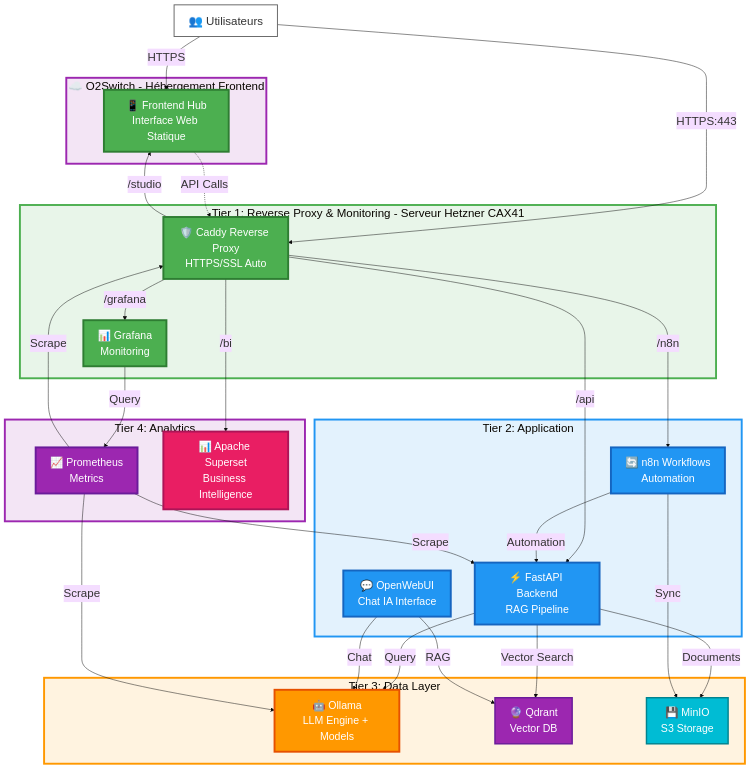
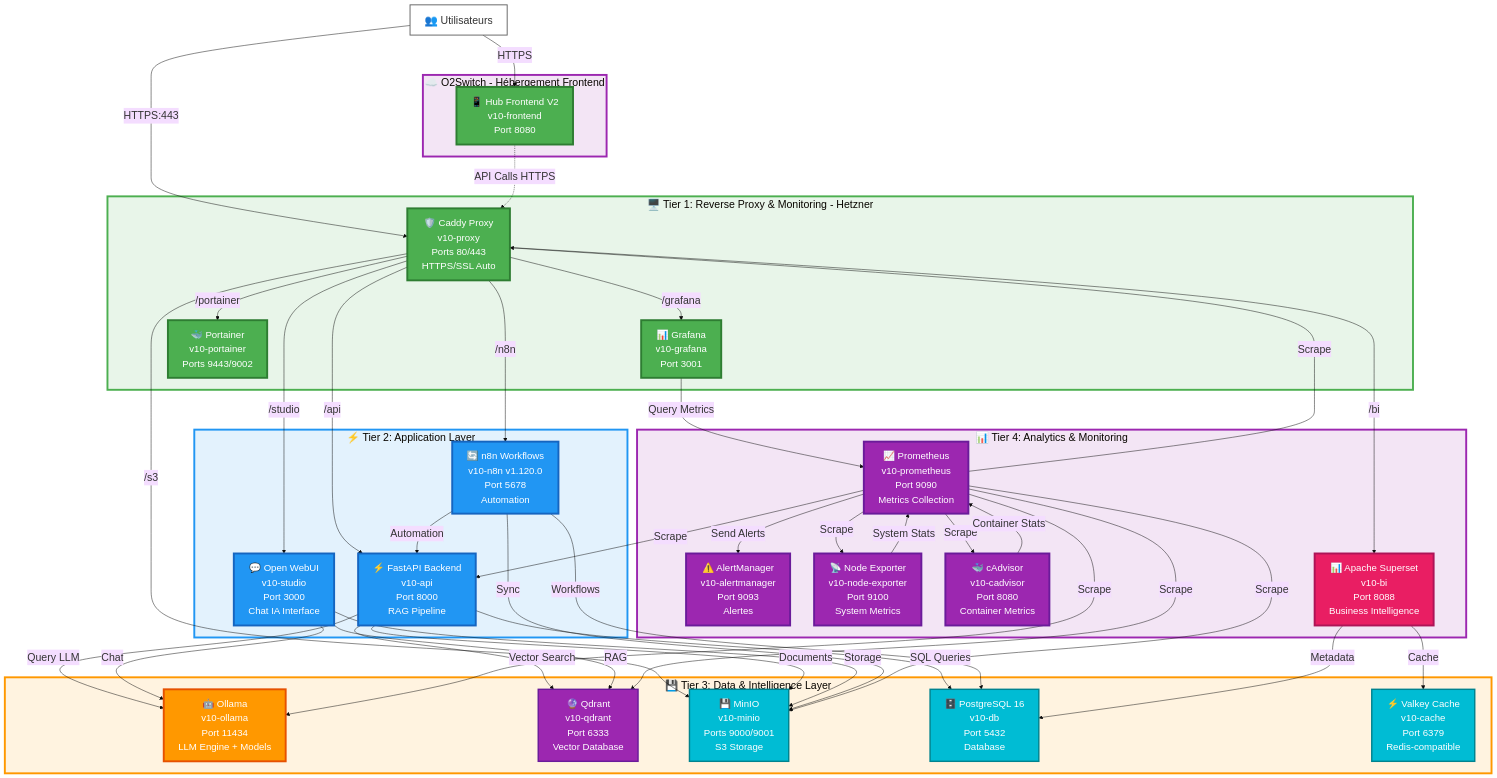
The second of 8 diagrams in docs/DIAGRAMS_MERMAID.md (stepstev/oceanphenix-IA-souveraine-v10_2026_DOCS), drawn with Mermaid before and after one commit. The commit also changed other lines of this file, not shown here.

First line of the commit message:
fix: Update Mermaid diagrams to reflect actual V10 architecture

````diff
--- a/docs/DIAGRAMS_MERMAID.md
+++ b/docs/DIAGRAMS_MERMAID.md
@@ -76,75 +76,95 @@
 ```mermaid
-%%{init: {'theme':'base', 'themeVariables': {'fontSize':'24px', 'fontFamily':'Arial, sans-serif'}}}%%
+%%{init: {'theme':'base', 'themeVariables': {'fontSize':'22px', 'fontFamily':'Arial, sans-serif'}}}%%
 graph TB
     %% Définition des styles
-    classDef tierPresentation fill:#4CAF50,stroke:#2E7D32,stroke-width:4px,color:#fff,font-size:22px
-    classDef tierApp fill:#2196F3,stroke:#1565C0,stroke-width:4px,color:#fff,font-size:22px
-    classDef tierData fill:#FF9800,stroke:#E65100,stroke-width:4px,color:#fff,font-size:22px
-    classDef tierAnalytics fill:#9C27B0,stroke:#6A1B9A,stroke-width:4px,color:#fff,font-size:22px
-    classDef tierBi fill:#E91E63,stroke:#AD1457,stroke-width:4px,color:#fff,font-size:22px
-    classDef storage fill:#00BCD4,stroke:#00838F,stroke-width:3px,color:#fff,font-size:22px
-    classDef vectordb fill:#9C27B0,stroke:#6A1B9A,stroke-width:3px,color:#fff,font-size:22px
+    classDef tierPresentation fill:#4CAF50,stroke:#2E7D32,stroke-width:4px,color:#fff,font-size:20px
+    classDef tierApp fill:#2196F3,stroke:#1565C0,stroke-width:4px,color:#fff,font-size:20px
+    classDef tierData fill:#FF9800,stroke:#E65100,stroke-width:4px,color:#fff,font-size:20px
+    classDef tierAnalytics fill:#9C27B0,stroke:#6A1B9A,stroke-width:4px,color:#fff,font-size:20px
+    classDef tierBi fill:#E91E63,stroke:#AD1457,stroke-width:4px,color:#fff,font-size:20px
+    classDef storage fill:#00BCD4,stroke:#00838F,stroke-width:3px,color:#fff,font-size:20px
+    classDef vectordb fill:#9C27B0,stroke:#6A1B9A,stroke-width:3px,color:#fff,font-size:20px
     
     %% Internet
     Users[👥 Utilisateurs]
     
     %% O2Switch - Frontend statique
     subgraph O2["☁️ O2Switch - Hébergement Frontend"]
-        HubFront[📱 Frontend Hub<br/>Interface Web Statique]:::tierPresentation
+        HubFront[📱 Hub Frontend V2<br/>v10-frontend<br/>Port 8080]:::tierPresentation
     end
     
-    %% Tier 1: Présentation - Serveur Hetzner CAX41
-    subgraph T1[" Tier 1: Reverse Proxy & Monitoring - Serveur Hetzner CAX41"]
-        Caddy[🛡️ Caddy Reverse Proxy<br/>HTTPS/SSL Auto]:::tierPresentation
-        Grafana[📊 Grafana<br/>Monitoring]:::tierPresentation
+    %% Tier 1: Présentation - Serveur Hetzner
+    subgraph T1["🖥️ Tier 1: Reverse Proxy & Monitoring - Hetzner"]
+        Caddy[🛡️ Caddy Proxy<br/>v10-proxy<br/>Ports 80/443<br/>HTTPS/SSL Auto]:::tierPresentation
+        Grafana[📊 Grafana<br/>v10-grafana<br/>Port 3001]:::tierPresentation
+        Portainer[🐳 Portainer<br/>v10-portainer<br/>Ports 9443/9002]:::tierPresentation
     end
     
     %% Tier 2: Application
-    subgraph T2[" Tier 2: Application"]
-        FastAPI[⚡ FastAPI Backend<br/>RAG Pipeline]:::tierApp
-        OpenWebUI[💬 OpenWebUI<br/>Chat IA Interface]:::tierApp
-        N8N[🔄 n8n Workflows<br/>Automation]:::tierApp
+    subgraph T2["⚡ Tier 2: Application Layer"]
+        FastAPI[⚡ FastAPI Backend<br/>v10-api<br/>Port 8000<br/>RAG Pipeline]:::tierApp
+        OpenWebUI[💬 Open WebUI<br/>v10-studio<br/>Port 3000<br/>Chat IA Interface]:::tierApp
+        N8N[🔄 n8n Workflows<br/>v10-n8n v1.120.0<br/>Port 5678<br/>Automation]:::tierApp
     end
     
     %% Tier 3: Data Layer
-    subgraph T3[" Tier 3: Data Layer"]
-        Ollama[🤖 Ollama<br/>LLM Engine + Models]:::tierData
-        Qdrant[🔮 Qdrant<br/>Vector DB]:::vectordb
-        MinIO[💾 MinIO<br/>S3 Storage]:::storage
+    subgraph T3["💾 Tier 3: Data & Intelligence Layer"]
+        Ollama[🤖 Ollama<br/>v10-ollama<br/>Port 11434<br/>LLM Engine + Models]:::tierData
+        Qdrant[🔮 Qdrant<br/>v10-qdrant<br/>Port 6333<br/>Vector Database]:::vectordb
+        MinIO[💾 MinIO<br/>v10-minio<br/>Ports 9000/9001<br/>S3 Storage]:::storage
+        Postgres[🗄️ PostgreSQL 16<br/>v10-db<br/>Port 5432<br/>Database]:::storage
+        Valkey[⚡ Valkey Cache<br/>v10-cache<br/>Port 6379<br/>Redis-compatible]:::storage
     end
     
-    %% Tier 4: Analytics
-    subgraph T4[" Tier 4: Analytics"]
-        Prometheus[📈 Prometheus<br/>Metrics]:::tierAnalytics
-        ApacheBI[📊 Apache Superset<br/>Business Intelligence]:::tierBi
+    %% Tier 4: Analytics & Monitoring
+    subgraph T4["📊 Tier 4: Analytics & Monitoring"]
+        Prometheus[📈 Prometheus<br/>v10-prometheus<br/>Port 9090<br/>Metrics Collection]:::tierAnalytics
+        AlertManager[⚠️ AlertManager<br/>v10-alertmanager<br/>Port 9093<br/>Alertes]:::tierAnalytics
+        NodeExporter[📡 Node Exporter<br/>v10-node-exporter<br/>Port 9100<br/>System Metrics]:::tierAnalytics
+        Cadvisor[🐳 cAdvisor<br/>v10-cadvisor<br/>Port 8080<br/>Container Metrics]:::tierAnalytics
+        ApacheBI[📊 Apache Superset<br/>v10-bi<br/>Port 8088<br/>Business Intelligence]:::tierBi
     end
     
     %% Connexions Internet → O2Switch & Hetzner
     Users -->|HTTPS| HubFront
     Users -->|HTTPS:443| Caddy
-    HubFront -.->|API Calls| Caddy
+    HubFront -.->|API Calls HTTPS| Caddy
     
     %% Caddy routing
     Caddy -->|/grafana| Grafana
+    Caddy -->|/portainer| Portainer
     Caddy -->|/bi| ApacheBI
     Caddy -->|/n8n| N8N
-    Caddy -->|/studio| HubFront
+    Caddy -->|/studio| OpenWebUI
     Caddy -->|/api| FastAPI
+    Caddy -->|/s3| MinIO
     
     %% Tier 2 → Tier 3
-    FastAPI -->|Query| Ollama
+    FastAPI -->|Query LLM| Ollama
     FastAPI -->|Vector Search| Qdrant
     FastAPI -->|Documents| MinIO
+    FastAPI -->|SQL Queries| Postgres
     OpenWebUI -->|Chat| Ollama
     OpenWebUI -->|RAG| Qdrant
+    OpenWebUI -->|Storage| MinIO
     N8N -->|Automation| FastAPI
     N8N -->|Sync| MinIO
+    N8N -->|Workflows| Postgres
+    ApacheBI -->|Cache| Valkey
+    ApacheBI -->|Metadata| Postgres
     
     %% Tier 4 Monitoring
-    Grafana -->|Query| Prometheus
+    Grafana -->|Query Metrics| Prometheus
     Prometheus -->|Scrape| FastAPI
     Prometheus -->|Scrape| Ollama
     Prometheus -->|Scrape| Caddy
+    Prometheus -->|Scrape| Qdrant
+    Prometheus -->|Scrape| MinIO
+    Prometheus -->|Scrape| NodeExporter
+    Prometheus -->|Scrape| Cadvisor
+    Prometheus -->|Send Alerts| AlertManager
+    NodeExporter -->|System Stats| Prometheus
+    Cadvisor -->|Container Stats| Prometheus
     
     %% Styling tiers
     style O2 fill:#F3E5F5,stroke:#9C27B0,stroke-width:4px
````
